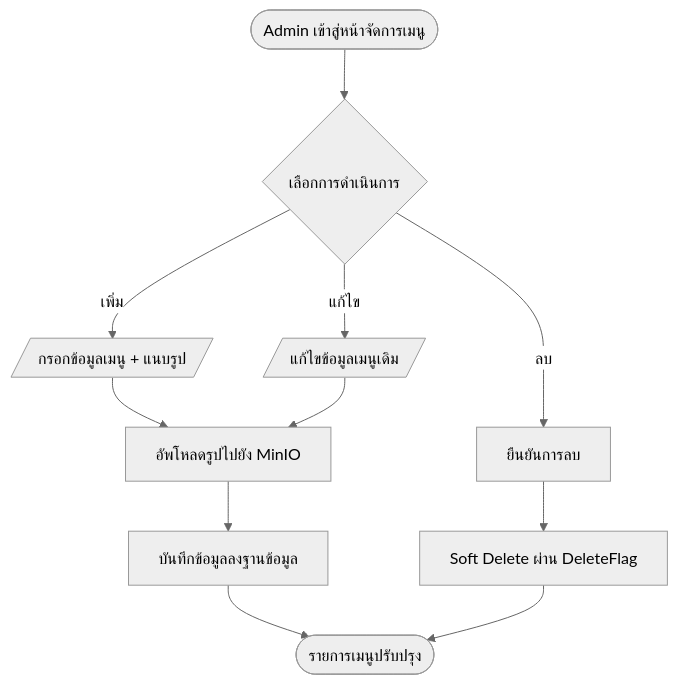
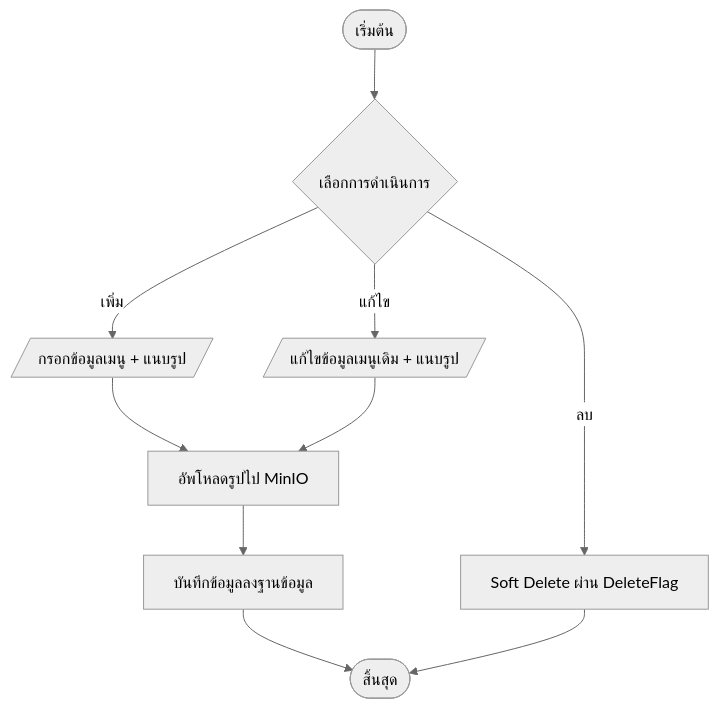
One commit to TurkPhakim/RBMS-POS-Website changed diagram 13 of 28 in doc/report/05-chapter-3-design.md. Above: the diagram before and after it, drawn with Mermaid (neutral theme). The commit also changed other lines of this file and 7 other files, not shown here.

````diff
--- a/doc/report/05-chapter-3-design.md
+++ b/doc/report/05-chapter-3-design.md
@@ -614,13 +571,12 @@
 ```mermaid
 flowchart TD
-    A([Admin เข้าสู่หน้าจัดการเมนู]) --> B{เลือกการดำเนินการ}
-    B -- เพิ่ม --> C[/กรอกข้อมูลเมนู + แนบรูป/]
-    B -- แก้ไข --> D[/แก้ไขข้อมูลเมนูเดิม/]
-    B -- ลบ --> E[ยืนยันการลบ]
-    C --> F[อัพโหลดรูปไปยัง MinIO]
-    D --> F
-    F --> G[บันทึกข้อมูลลงฐานข้อมูล]
-    E --> H[Soft Delete ผ่าน DeleteFlag]
-    G --> I([รายการเมนูปรับปรุง])
-    H --> I
+    Start([เริ่มต้น]) --> A{เลือกการดำเนินการ}
+    A -- เพิ่ม --> B[/กรอกข้อมูลเมนู + แนบรูป/]
+    A -- แก้ไข --> C[/แก้ไขข้อมูลเมนูเดิม + แนบรูป/]
+    A -- ลบ --> D[Soft Delete ผ่าน DeleteFlag]
+    B --> E[อัพโหลดรูปไป MinIO]
+    C --> E
+    E --> F[บันทึกข้อมูลลงฐานข้อมูล]
+    F --> End([สิ้นสุด])
+    D --> End
 ```
````
